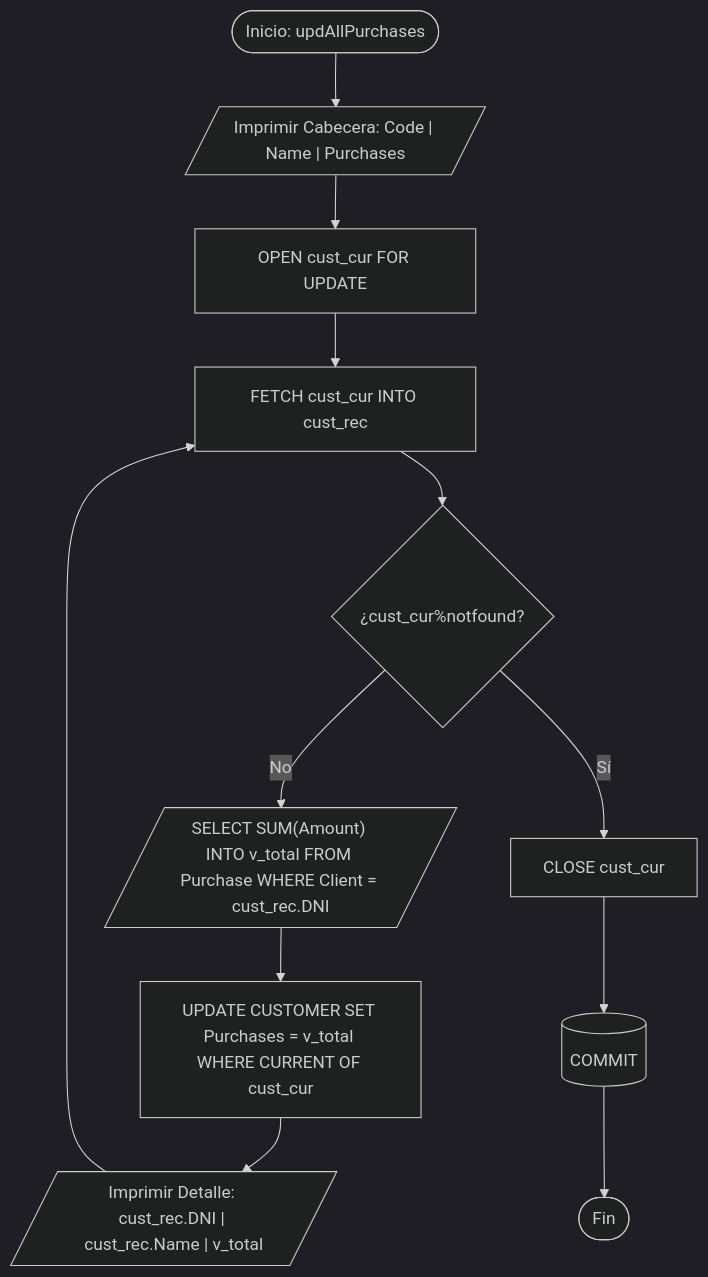
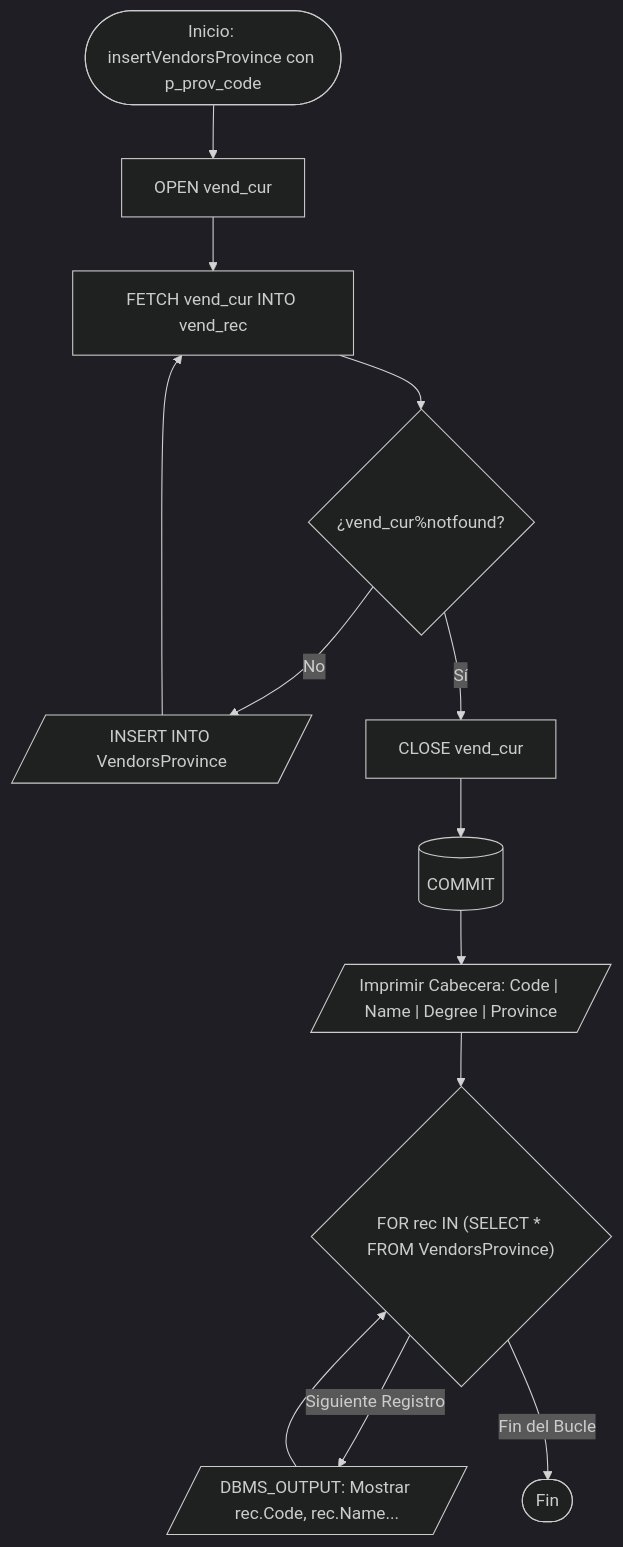
Before and after one commit to Zafiro2004/DAM-Primer-Curso: the diagram in _Obs-DAM/Cosas Random.md, drawn with Mermaid (dark theme). The commit also changed 3 other files, not shown here.

````diff
--- a/_Obs-DAM/Cosas Random.md
+++ b/_Obs-DAM/Cosas Random.md
@@ -1,16 +1,19 @@
 ```mermaid
 flowchart TD
-    A([Inicio: updAllPurchases]) --> B[/"Imprimir Cabecera: Code | Name | Purchases"/]
-    B --> C[OPEN cust_cur FOR UPDATE]
-    C --> D[FETCH cust_cur INTO cust_rec]
-    D --> E{¿cust_cur%notfound?}
+    A([Inicio: insertVendorsProvince con p_prov_code]) --> B[OPEN vend_cur]
+    B --> C[FETCH vend_cur INTO vend_rec]
+    C --> D{¿vend_cur%notfound?}
     
-    E -- No --> F[/"SELECT SUM(Amount) INTO v_total FROM Purchase WHERE Client = cust_rec.DNI"/]
-    F --> G[UPDATE CUSTOMER SET Purchases = v_total WHERE CURRENT OF cust_cur]
-    G --> H[/"Imprimir Detalle: cust_rec.DNI | cust_rec.Name | v_total"/]
-    H --> D
+    D -- No --> E[/"INSERT INTO VendorsProvince"/]
+    E --> C
     
-    E -- Sí --> I[CLOSE cust_cur]
-    I --> J[(COMMIT)]
-    J --> K([Fin])
+    D -- Sí --> F[CLOSE vend_cur]
+    F --> G[(COMMIT)]
+    G --> H[/"Imprimir Cabecera: Code | Name | Degree | Province"/]
+    H --> I{"FOR rec IN (SELECT * FROM VendorsProvince)"}
+    
+    I -- Siguiente Registro --> J[/"DBMS_OUTPUT: Mostrar rec.Code, rec.Name..."/]
+    J --> I
+    
+    I -- Fin del Bucle --> K([Fin])
 ```
````
